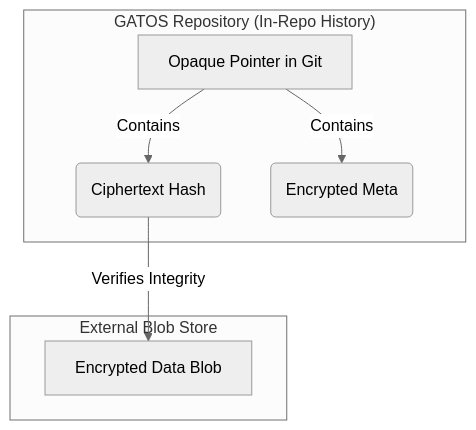
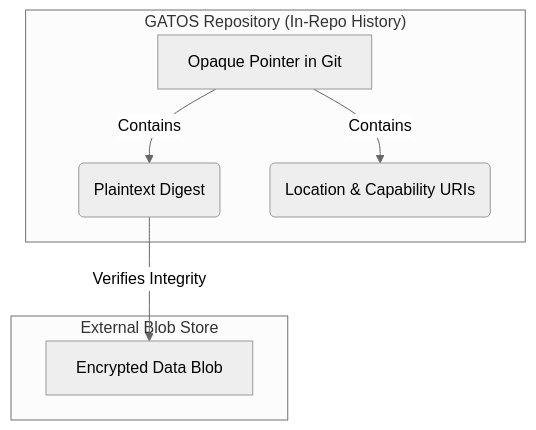
One commit to flyingrobots/gatos changed the diagram in docs/guide/CHAPTER-010.md. Above: the diagram before and after it, drawn with Mermaid (neutral theme). The commit also changed other lines of this file and 48 other files, not shown here.

````diff
--- a/docs/guide/CHAPTER-010.md
+++ b/docs/guide/CHAPTER-010.md
@@ -91,14 +91,14 @@
 ```mermaid
 graph TD
     subgraph "GATOS Repository (In-Repo History)"
         A[Opaque Pointer in Git]
-        A -- Contains --> C(Ciphertext Hash);
-        A -- Contains --> D(Encrypted Meta);
+        A -- Contains --> C(Plaintext Digest);
+        A -- Contains --> D(Location & Capability URIs);
     end
 
     subgraph "External Blob Store"
         E[Encrypted Data Blob]
     end
 
     C -- Verifies Integrity --> E;
 ```
````
